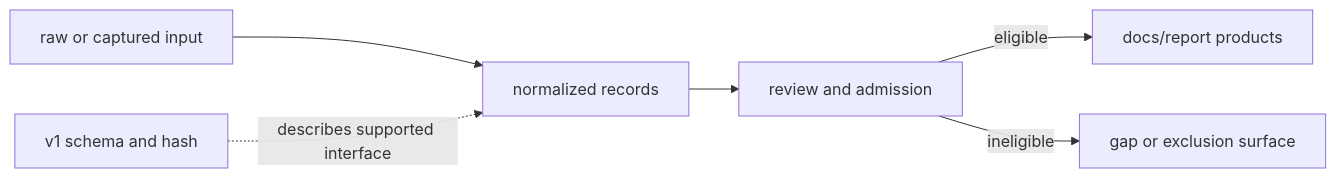
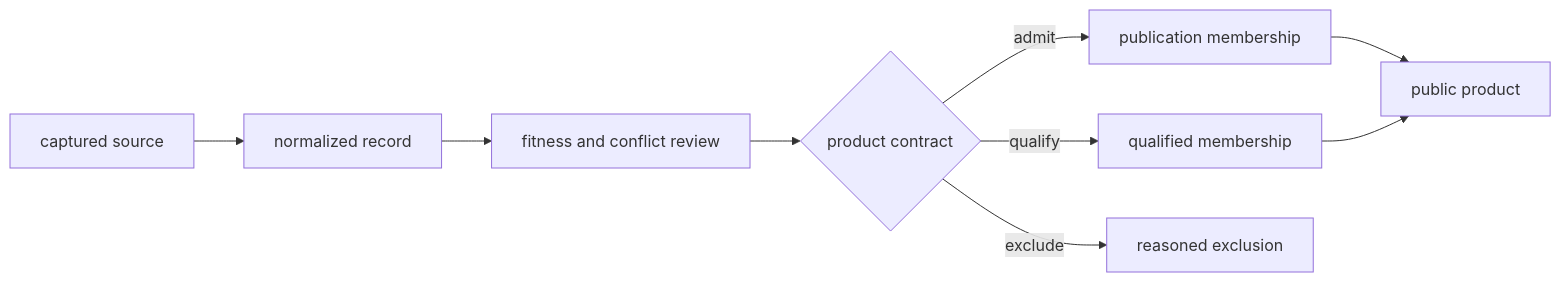
Before and after one commit to bijux/bijux-pollenomics: the diagram in docs/public/pollenomics/interfaces/data-contracts.md, drawn with Mermaid. The commit also changed other lines of this file and 2 other files, not shown here.

Commit message:
docs(interfaces): define supported integration authority

````diff
--- a/docs/public/pollenomics/interfaces/data-contracts.md
+++ b/docs/public/pollenomics/interfaces/data-contracts.md
@@ -30,8 +31,11 @@
 ```mermaid
 flowchart LR
-    Raw["raw or captured input"] --> Normalized["normalized records"]
-    Normalized --> Review["review and admission"]
-    Review -->|eligible| Reports["docs/report products"]
-    Review -->|ineligible| Refusal["gap or exclusion surface"]
-    API["v1 schema and hash"] -. "describes supported interface" .-> Normalized
+    Capture["captured source"] --> Normalize["normalized record"]
+    Normalize --> Review["fitness and conflict review"]
+    Review --> Decision{"product contract"}
+    Decision -->|admit| Membership["publication membership"]
+    Decision -->|qualify| Qualified["qualified membership"]
+    Decision -->|exclude| Exclusion["reasoned exclusion"]
+    Membership --> Product["public product"]
+    Qualified --> Product
 ```
````
